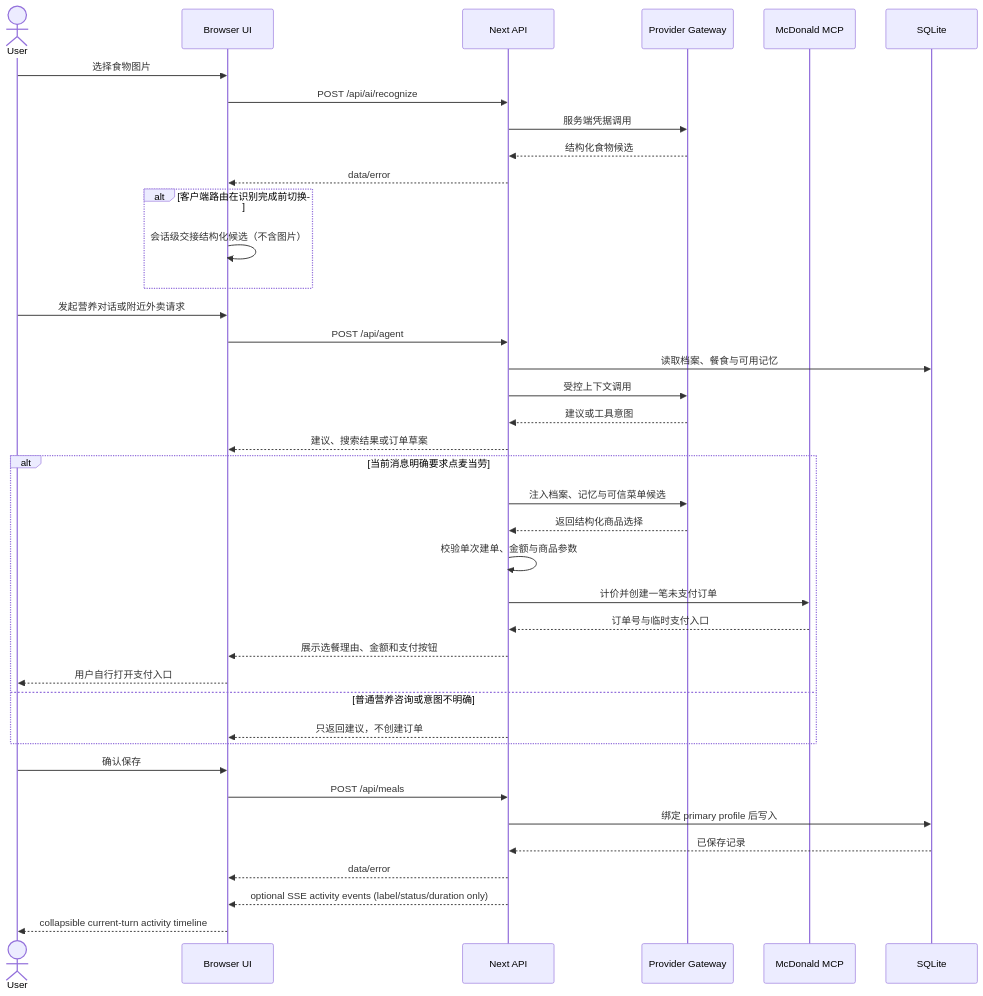
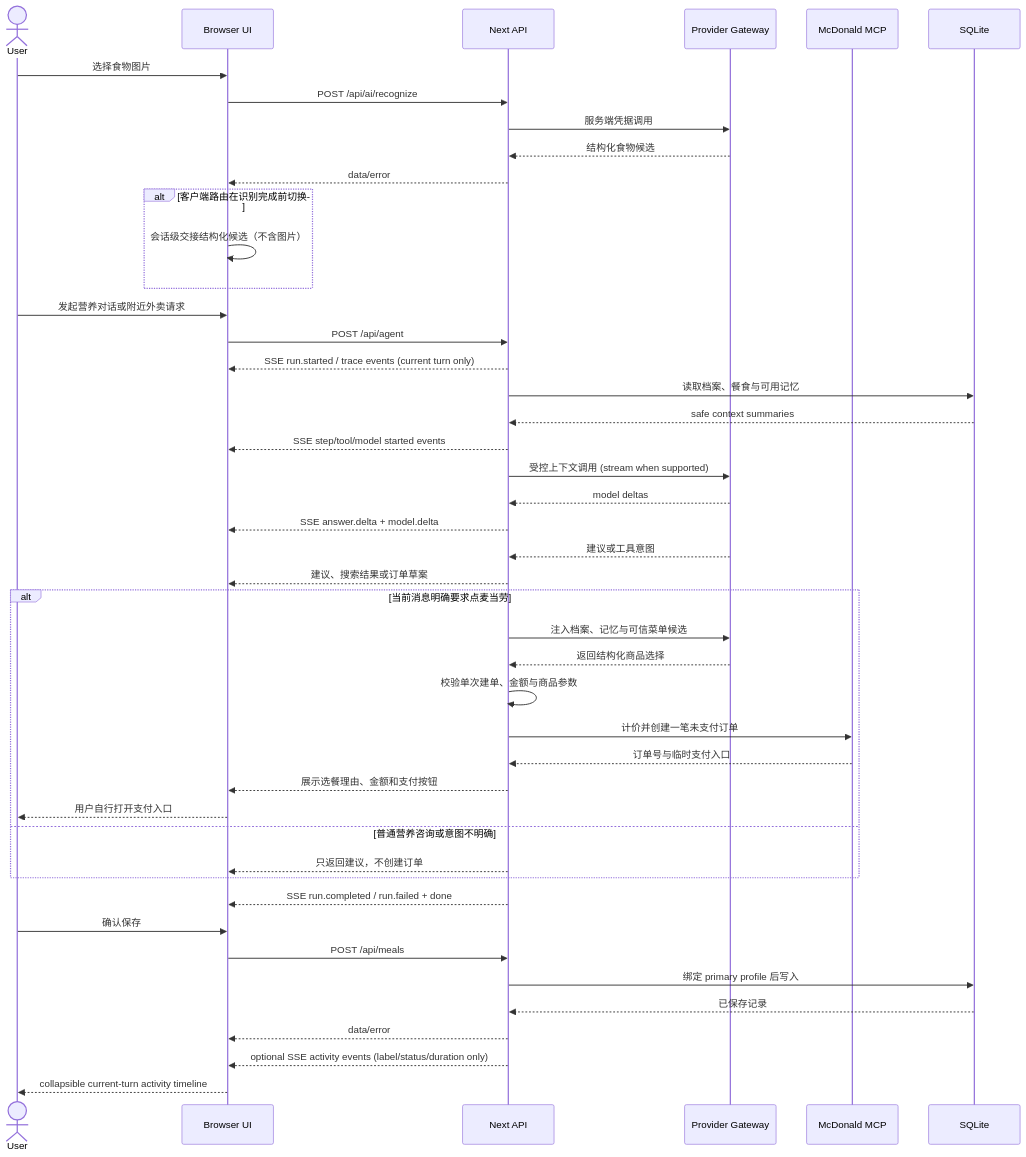
One commit to lehengzhangJacob/software_train changed the diagram in dev_repo/architecture/diagrams/runtime-flow.mmd. Above: the diagram before and after it, drawn with Mermaid. The commit also changed 12 other files, not shown here.

Commit message:
docs(architecture): define agent trace contract

```diff
--- a/dev_repo/architecture/diagrams/runtime-flow.mmd
+++ b/dev_repo/architecture/diagrams/runtime-flow.mmd
@@ -1,39 +1,45 @@
 sequenceDiagram
   actor User
   participant UI as Browser UI
   participant API as Next API
   participant AI as Provider Gateway
   participant MCP as McDonald MCP
   participant DB as SQLite
   User->>UI: 选择食物图片
   UI->>API: POST /api/ai/recognize
   API->>AI: 服务端凭据调用
   AI-->>API: 结构化食物候选
   API-->>UI: data/error
   alt 客户端路由在识别完成前切换
     UI->>UI: 会话级交接结构化候选（不含图片）
   end
   User->>UI: 发起营养对话或附近外卖请求
   UI->>API: POST /api/agent
+  API-->>UI: SSE run.started / trace events (current turn only)
   API->>DB: 读取档案、餐食与可用记忆
-  API->>AI: 受控上下文调用
+  DB-->>API: safe context summaries
+  API-->>UI: SSE step/tool/model started events
+  API->>AI: 受控上下文调用 (stream when supported)
+  AI-->>API: model deltas
+  API-->>UI: SSE answer.delta + model.delta
   AI-->>API: 建议或工具意图
   API-->>UI: 建议、搜索结果或订单草案
   alt 当前消息明确要求点麦当劳
     API->>AI: 注入档案、记忆与可信菜单候选
     AI-->>API: 返回结构化商品选择
     API->>API: 校验单次建单、金额与商品参数
     API->>MCP: 计价并创建一笔未支付订单
     MCP-->>API: 订单号与临时支付入口
     API-->>UI: 展示选餐理由、金额和支付按钮
     UI-->>User: 用户自行打开支付入口
   else 普通营养咨询或意图不明确
     API-->>UI: 只返回建议，不创建订单
   end
+  API-->>UI: SSE run.completed / run.failed + done
   User->>UI: 确认保存
   UI->>API: POST /api/meals
   API->>DB: 绑定 primary profile 后写入
   DB-->>API: 已保存记录
   API-->>UI: data/error
   API-->>UI: optional SSE activity events (label/status/duration only)
   UI-->>User: collapsible current-turn activity timeline
```
